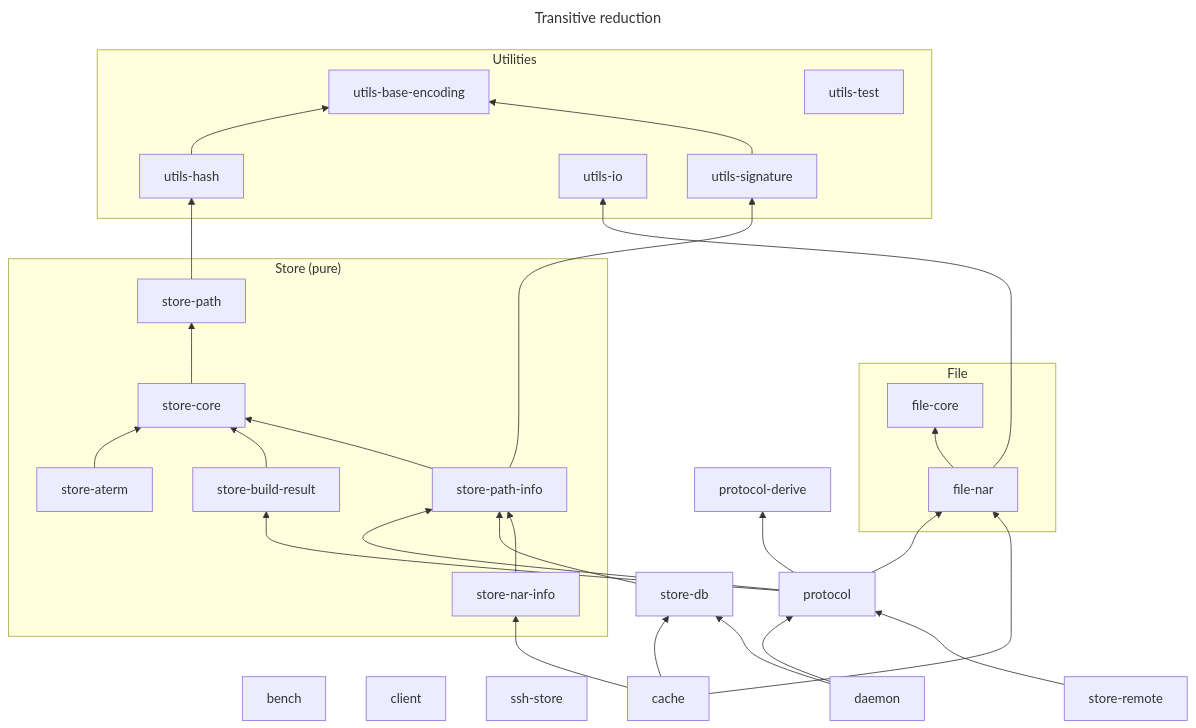
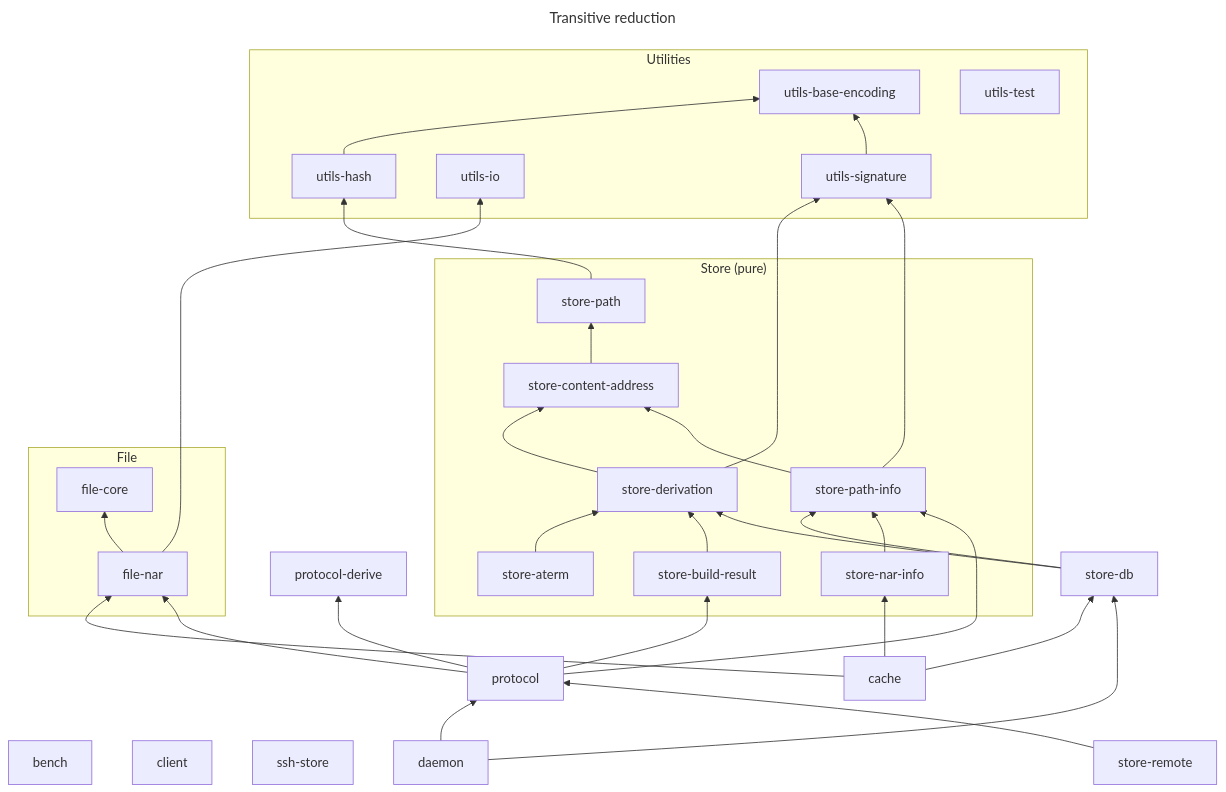
Before and after one commit to nix-community/harmonia: the diagram in docs/architecture/harmonia-store-structure.md, drawn with Mermaid. The commit also changed other lines of this file and 86 other files, not shown here.

First line of the commit message:
Split `store-core` into `store-{content-addres,derivation}`

````diff
--- a/docs/architecture/harmonia-store-structure.md
+++ b/docs/architecture/harmonia-store-structure.md
@@ -78,50 +79,54 @@
 ```mermaid
 ---
 title: Transitive reduction
 ---
 graph BT
     subgraph "Utilities"
         utils-base-encoding
         utils-hash
         utils-io
         utils-signature
         utils-test
     end
     subgraph "Store (pure)"
         store-aterm
         store-build-result
-        store-core
+        store-content-address
+        store-derivation
         store-nar-info
         store-path
         store-path-info
     end
     subgraph "File"
         file-core
         file-nar
     end
     bench
     client
     ssh-store
     file-nar --> file-core
     file-nar --> utils-io
     utils-hash --> utils-base-encoding
     utils-signature --> utils-base-encoding
     store-path --> utils-hash
-    store-core --> store-path
-    store-aterm --> store-core
-    store-build-result --> store-core
-    store-path-info --> store-core
+    store-content-address --> store-path
+    store-derivation --> store-content-address
+    store-derivation --> utils-signature
+    store-path-info --> store-content-address
     store-path-info --> utils-signature
-    protocol --> file-nar
-    protocol --> protocol-derive
-    protocol --> store-build-result
-    protocol --> store-path-info
+    store-aterm --> store-derivation
+    store-build-result --> store-derivation
+    store-db --> store-derivation
     store-db --> store-path-info
     store-nar-info --> store-path-info
     cache --> file-nar
     cache --> store-db
     cache --> store-nar-info
+    protocol --> file-nar
+    protocol --> protocol-derive
+    protocol --> store-build-result
+    protocol --> store-path-info
     daemon --> protocol
     daemon --> store-db
     store-remote --> protocol
 ```
````
